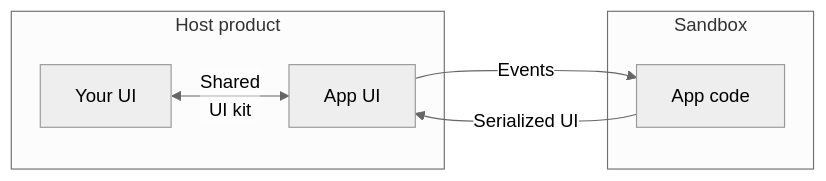
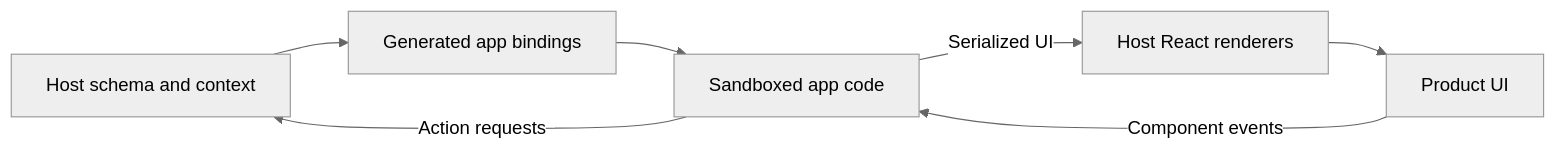
Before and after one commit to AlfieJones/tailorkit: the diagram in apps/docs/content/docs/(getting-started)/how-apps-work.mdx, drawn with Mermaid (neutral theme). The commit also changed other lines of this file and 143 other files, not shown here.

````diff
--- a/apps/docs/content/docs/(getting-started)/how-apps-work.mdx
+++ b/apps/docs/content/docs/(getting-started)/how-apps-work.mdx
@@ -22,15 +22,9 @@
 ```mermaid
 flowchart LR
-  subgraph Host["Host product"]
-    ProductUi["Your UI"]
-    AppUi["App UI"]
-    ProductUi <-->|"<div class='bg-card'>Shared<br />UI kit</div>"| AppUi
-  end
-
-  subgraph Sandbox["Sandbox"]
-    AppCode["App code"]
-  end
-
-  AppUi -->|"Events"| AppCode
-  AppCode -->|"Serialized UI"| AppUi
+  Host["Host schema and context"] --> Bindings["Generated app bindings"]
+  Bindings --> Sandbox["Sandboxed app code"]
+  Sandbox -->|"Serialized UI"| Renderer["Host React renderers"]
+  Renderer --> Product["Product UI"]
+  Product -->|"Component events"| Sandbox
+  Sandbox -->|"Action requests"| Host
 ```
````
